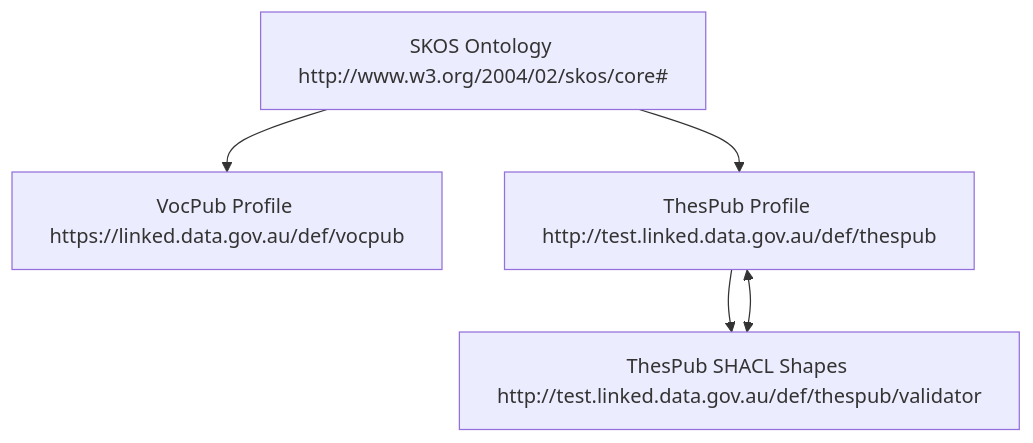
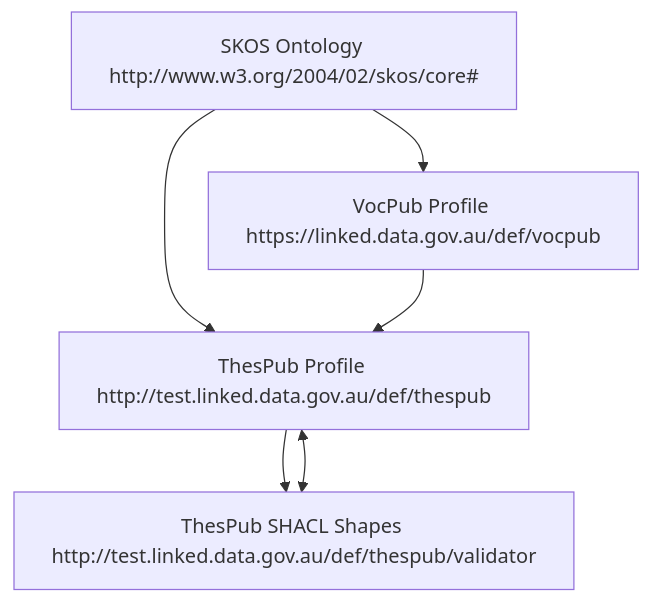
The diagram in README.md (leskneebone/thespub), drawn with Mermaid before and after one commit.

````diff
--- a/README.md
+++ b/README.md
@@ -20,15 +20,15 @@
 ```mermaid
 graph TD
 
 SKOS["SKOS Ontology http://www.w3.org/2004/02/skos/core#"]
 VOC["VocPub Profile https://linked.data.gov.au/def/vocpub"]
 THES["ThesPub Profile http://test.linked.data.gov.au/def/thespub"]
 SHACL["ThesPub SHACL Shapes http://test.linked.data.gov.au/def/thespub/validator"]
 
 SKOS --> VOC
 SKOS --> THES
-
+VOC --> THES
 THES --> SHACL
 
 THES <--> SHACL
 ```
````
